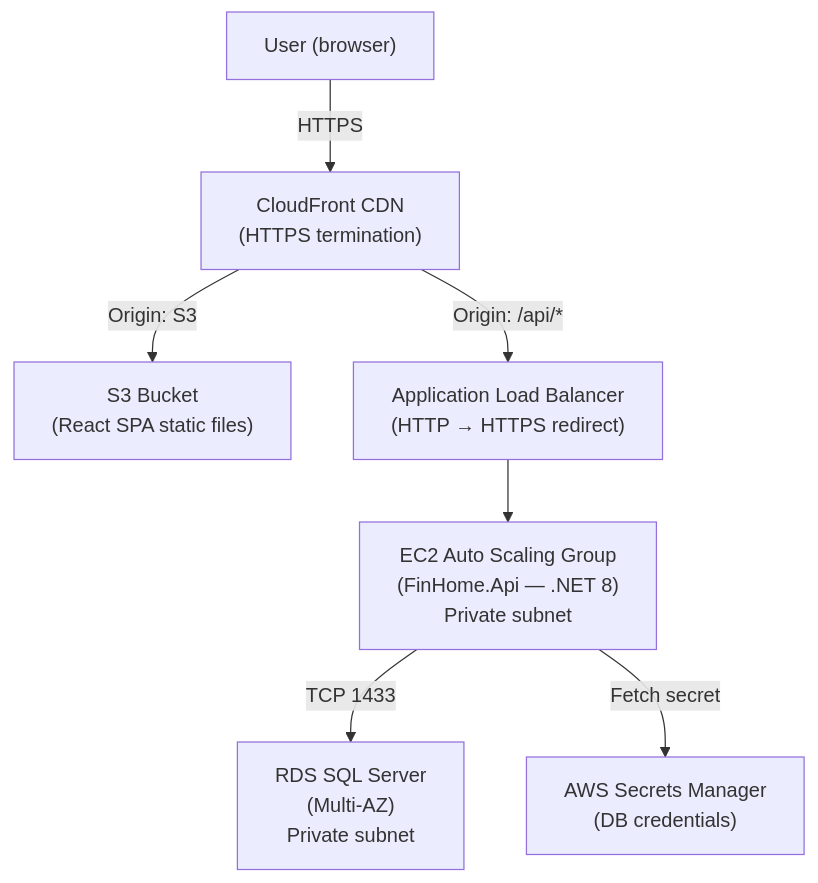
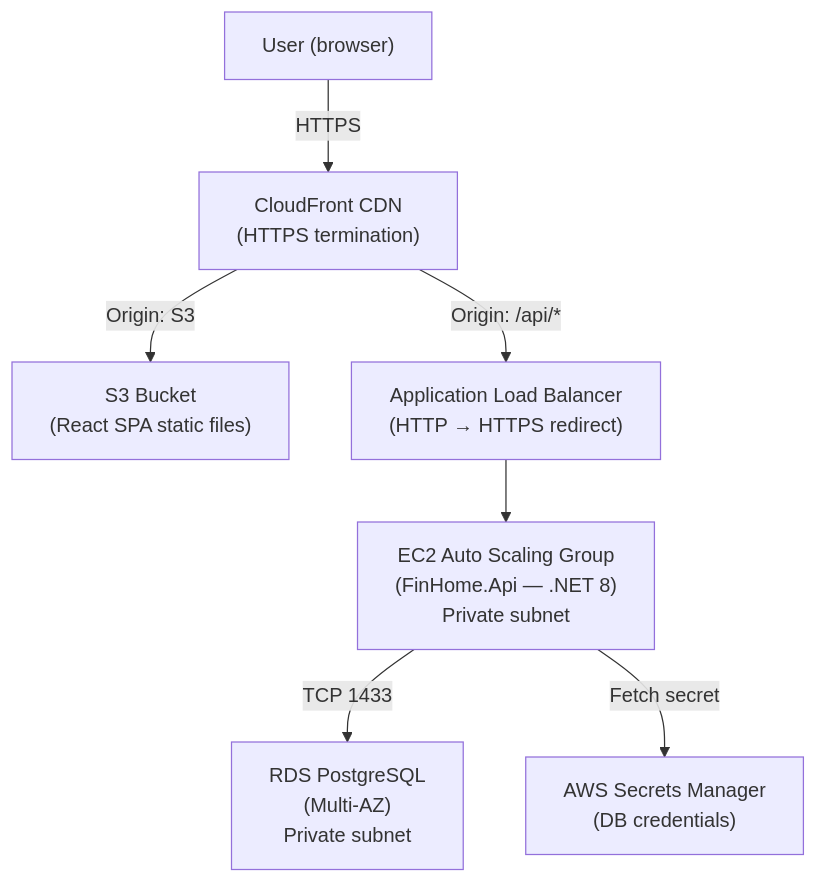
The first of 2 diagrams in docs/deployment.md (petry-dev/FinHome), drawn with Mermaid before and after one commit. The commit also changed other lines of this file and 16 other files, not shown here.

First line of the commit message:
feat: migrate database from SQL Server to PostgreSQL

````diff
--- a/docs/deployment.md
+++ b/docs/deployment.md
@@ -23,17 +23,17 @@
 ```mermaid
 graph TD
     User["User (browser)"]
     CF["CloudFront CDN\n(HTTPS termination)"]
     S3["S3 Bucket\n(React SPA static files)"]
     ALB["Application Load Balancer\n(HTTP → HTTPS redirect)"]
     EC2["EC2 Auto Scaling Group\n(FinHome.Api — .NET 8)\nPrivate subnet"]
-    RDS["RDS SQL Server\n(Multi-AZ)\nPrivate subnet"]
+    RDS["RDS PostgreSQL\n(Multi-AZ)\nPrivate subnet"]
     Secrets["AWS Secrets Manager\n(DB credentials)"]
 
     User -->|HTTPS| CF
     CF -->|Origin: S3| S3
     CF -->|Origin: /api/*| ALB
     ALB --> EC2
     EC2 -->|TCP 1433| RDS
     EC2 -->|Fetch secret| Secrets
 ```
````
